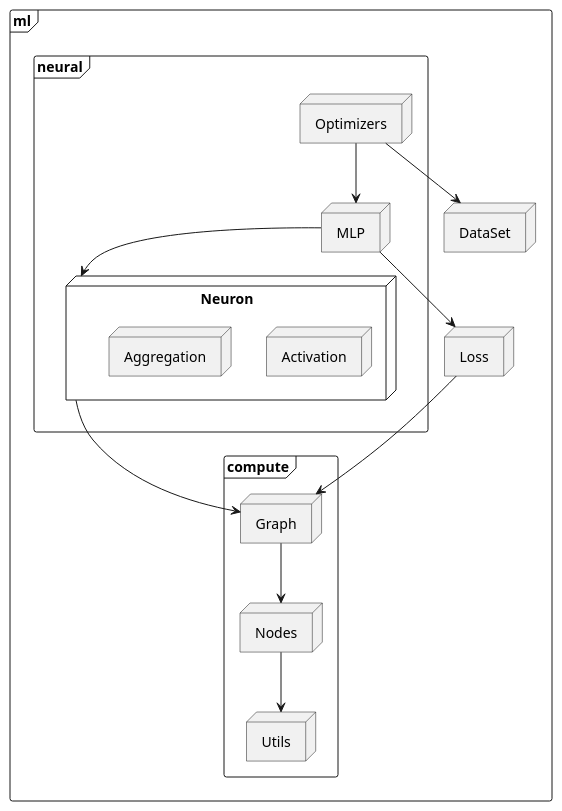
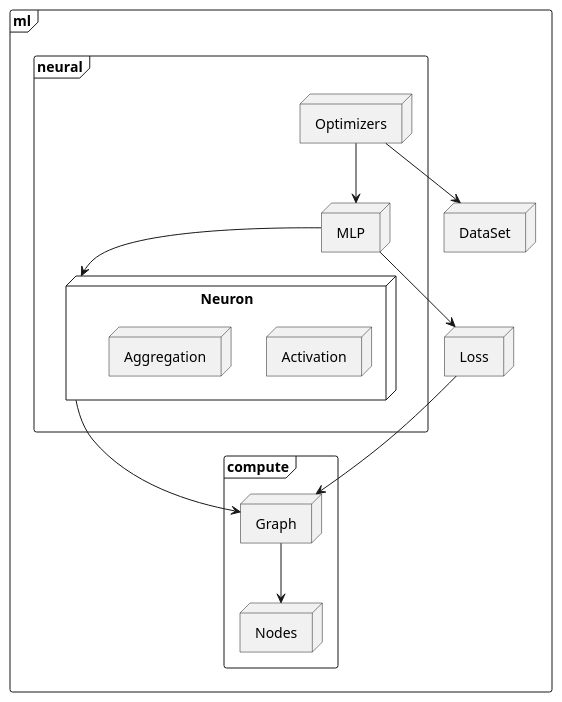
Before and after one commit to smallcluster/CBNN-Playground: the diagram in lib/libml/doc/stack.puml, drawn with PlantUML. The commit also changed 34 other files, not shown here.

```diff
--- a/lib/libml/doc/stack.puml
+++ b/lib/libml/doc/stack.puml
@@ -1,36 +1,32 @@
 @startuml
 
 frame ml {
     node Loss
 
     node DataSet
 
     frame neural {
         node Neuron {
             node Activation
             node Aggregation
         }
         node MLP
         node Optimizers
     }
 
     frame compute {
         node Graph
         node Nodes
-        node Utils
     }
 }
 Optimizers --> DataSet
 Optimizers --> MLP
 MLP --> Loss
 MLP --> Neuron
-
 Graph --> Nodes
-Nodes --> Utils
-
 Loss --> Graph
 Neuron --> Graph
 
 
 
 @enduml
```
